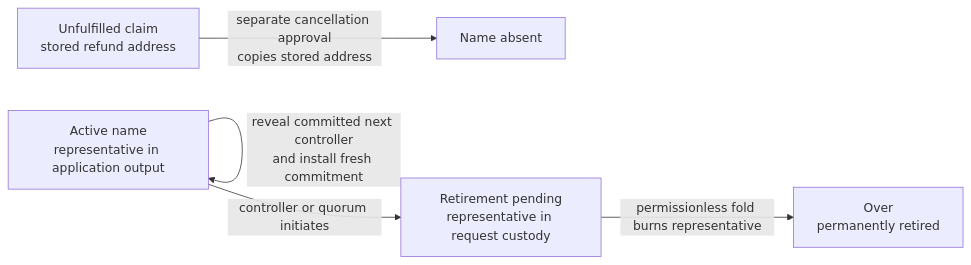
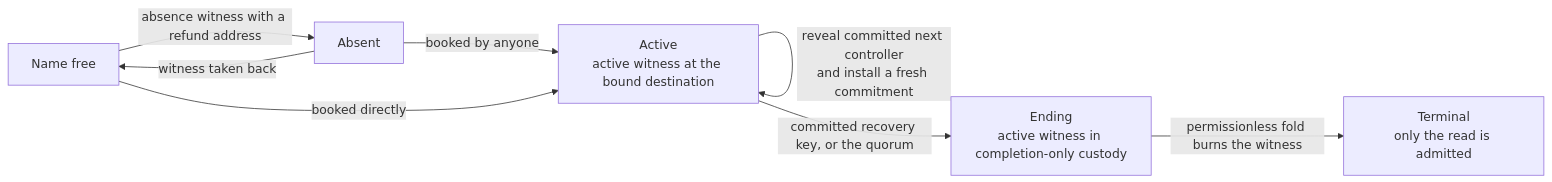
One commit to lambdasistemi/singular changed the first of 6 diagrams in docs/naming-lifecycle.md. Above: the diagram before and after it, drawn with Mermaid. The commit also changed other lines of this file and 31 other files, not shown here.

````diff
--- a/docs/naming-lifecycle.md
+++ b/docs/naming-lifecycle.md
@@ -9,9 +14,11 @@
 ```mermaid
 flowchart LR
-  ClaimPending[Unfulfilled claim<br/>stored refund address] -->|separate cancellation approval<br/>copies stored address| Absent[Name absent]
-  Active[Active name<br/>representative in application output]
+  Free[Name free] -->|absence witness with a refund address| Absent[Absent]
+  Absent -->|booked by anyone| Active[Active<br/>active witness at the bound destination]
+  Absent -->|witness taken back| Free
+  Free -->|booked directly| Active
   Active -->|authorized destination maintenance| Active
-  Active -->|reveal committed next controller<br/>and install fresh commitment| Active
-  Active -->|controller or quorum initiates| Pending[Retirement pending<br/>representative in request custody]
-  Pending -->|permissionless fold burns representative| Over[Over<br/>permanently retired]
+  Active -->|reveal committed next controller<br/>and install a fresh commitment| Active
+  Active -->|committed recovery key, or the quorum| Pending[Ending<br/>active witness in completion-only custody]
+  Pending -->|permissionless fold burns the witness| Terminal[Terminal<br/>only the read is admitted]
 ```
````
